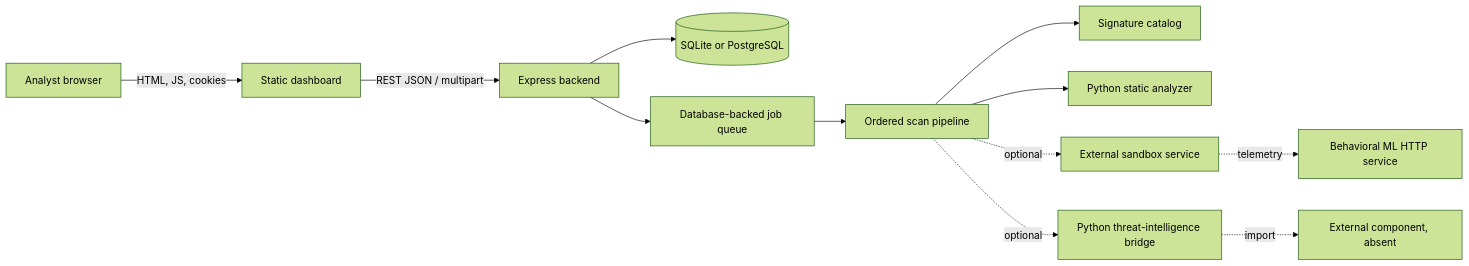
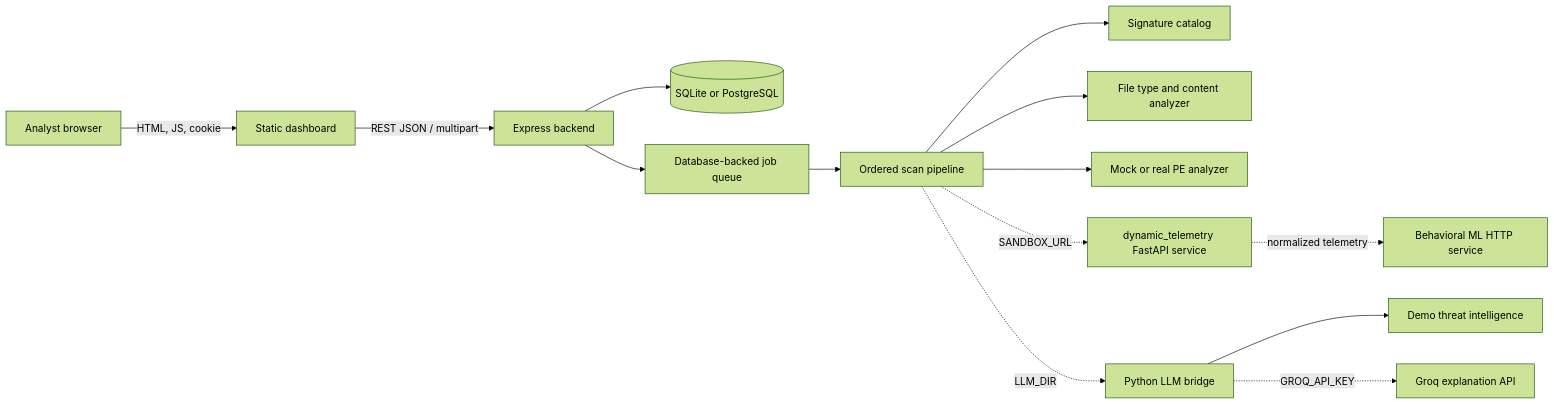
One commit to VinnyBitties/CS-4398-Project changed the first of 2 diagrams in docs/architecture.md. Above: the diagram before and after it, drawn with Mermaid (forest theme). The commit also changed other lines of this file and 29 other files, not shown here.

````diff
--- a/docs/architecture.md
+++ b/docs/architecture.md
@@ -9,14 +9,16 @@
 ```mermaid
 flowchart LR
-    Analyst[Analyst browser] -->|HTML, JS, cookies| Web[Static dashboard]
+    Analyst[Analyst browser] -->|HTML, JS, cookie| Web[Static dashboard]
     Web -->|REST JSON / multipart| API[Express backend]
     API --> DB[(SQLite or PostgreSQL)]
     API --> Queue[Database-backed job queue]
     Queue --> Pipeline[Ordered scan pipeline]
     Pipeline --> Catalog[Signature catalog]
-    Pipeline --> Analyzer[Python static analyzer]
-    Pipeline -. optional .-> Sandbox[External sandbox service]
-    Sandbox -. telemetry .-> Behavioral[Behavioral ML HTTP service]
-    Pipeline -. optional .-> Bridge[Python threat-intelligence bridge]
-    Bridge -. import .-> ExternalLLM[External component, absent]
+    Pipeline --> Content[File type and content analyzer]
+    Pipeline --> PE[Mock or real PE analyzer]
+    Pipeline -. SANDBOX_URL .-> Sandbox[dynamic_telemetry FastAPI service]
+    Sandbox -. normalized telemetry .-> Behavioral[Behavioral ML HTTP service]
+    Pipeline -. LLM_DIR .-> Bridge[Python LLM bridge]
+    Bridge --> TI[Demo threat intelligence]
+    Bridge -. GROQ_API_KEY .-> Groq[Groq explanation API]
 ```
````
